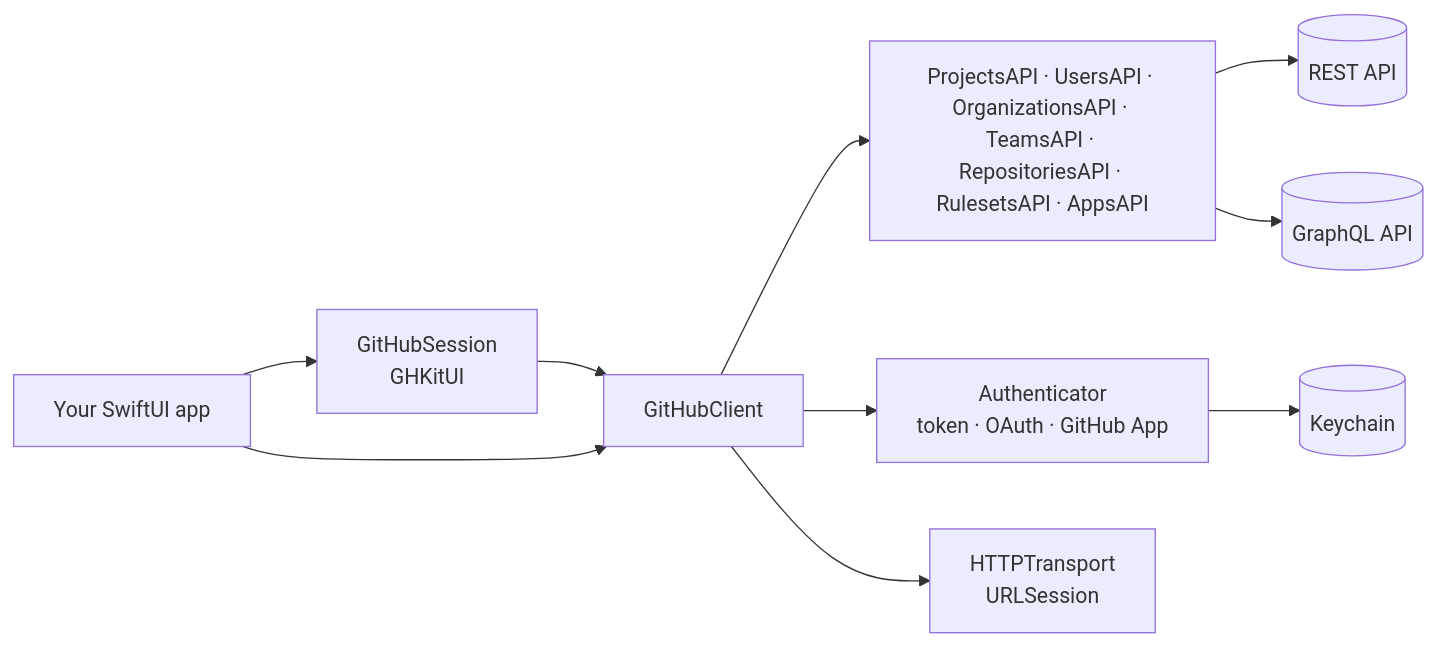
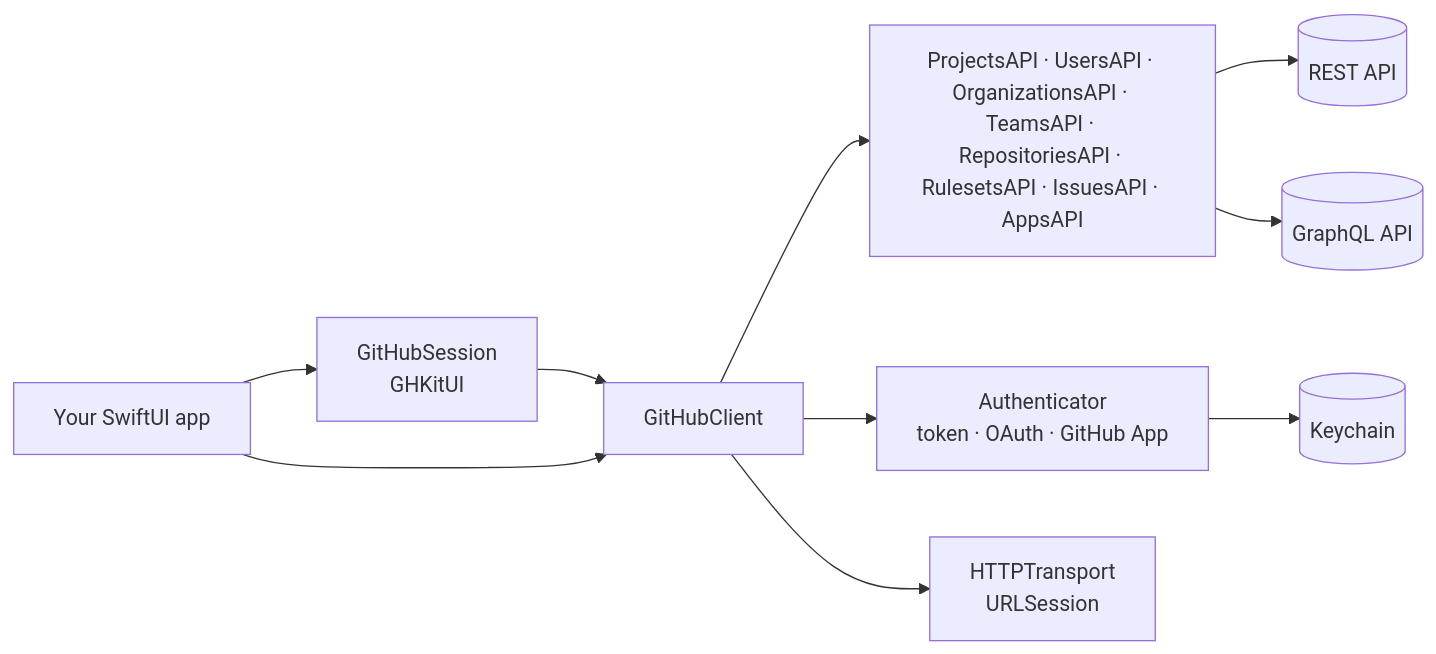
One commit to emmanuel-defreitas/GHKit changed the diagram in README.md. Above: the diagram before and after it, drawn with Mermaid. The commit also changed 21 other files, not shown here.

````diff
--- a/README.md
+++ b/README.md
@@ -331,12 +331,12 @@
 ```mermaid
 graph LR
     App[Your SwiftUI app] --> Session[GitHubSession<br/>GHKitUI]
     Session --> Client[GitHubClient]
     App --> Client
-    Client --> APIs[ProjectsAPI · UsersAPI · OrganizationsAPI · TeamsAPI · RepositoriesAPI · RulesetsAPI · AppsAPI]
+    Client --> APIs[ProjectsAPI · UsersAPI · OrganizationsAPI · TeamsAPI · RepositoriesAPI · RulesetsAPI · IssuesAPI · AppsAPI]
     Client --> Auth[Authenticator<br/>token · OAuth · GitHub App]
     Client --> Transport[HTTPTransport<br/>URLSession]
     APIs --> REST[(REST API)]
     APIs --> GQL[(GraphQL API)]
     Auth --> Store[(Keychain)]
 ```
````
